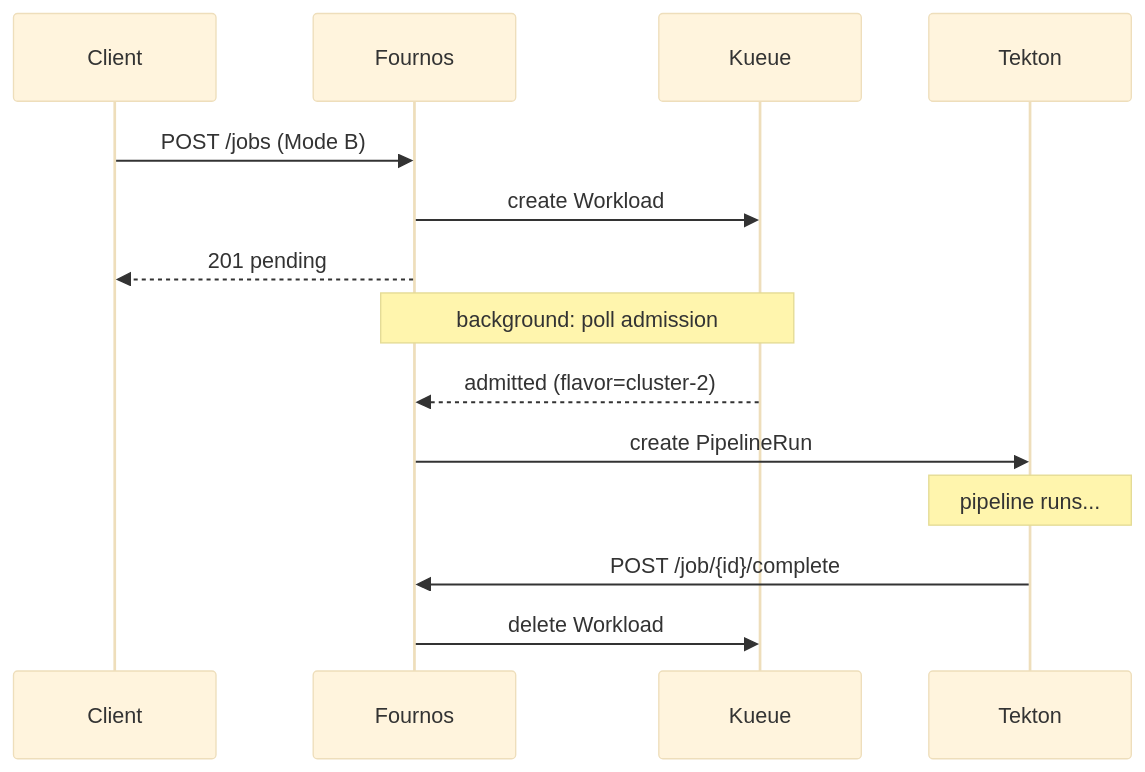
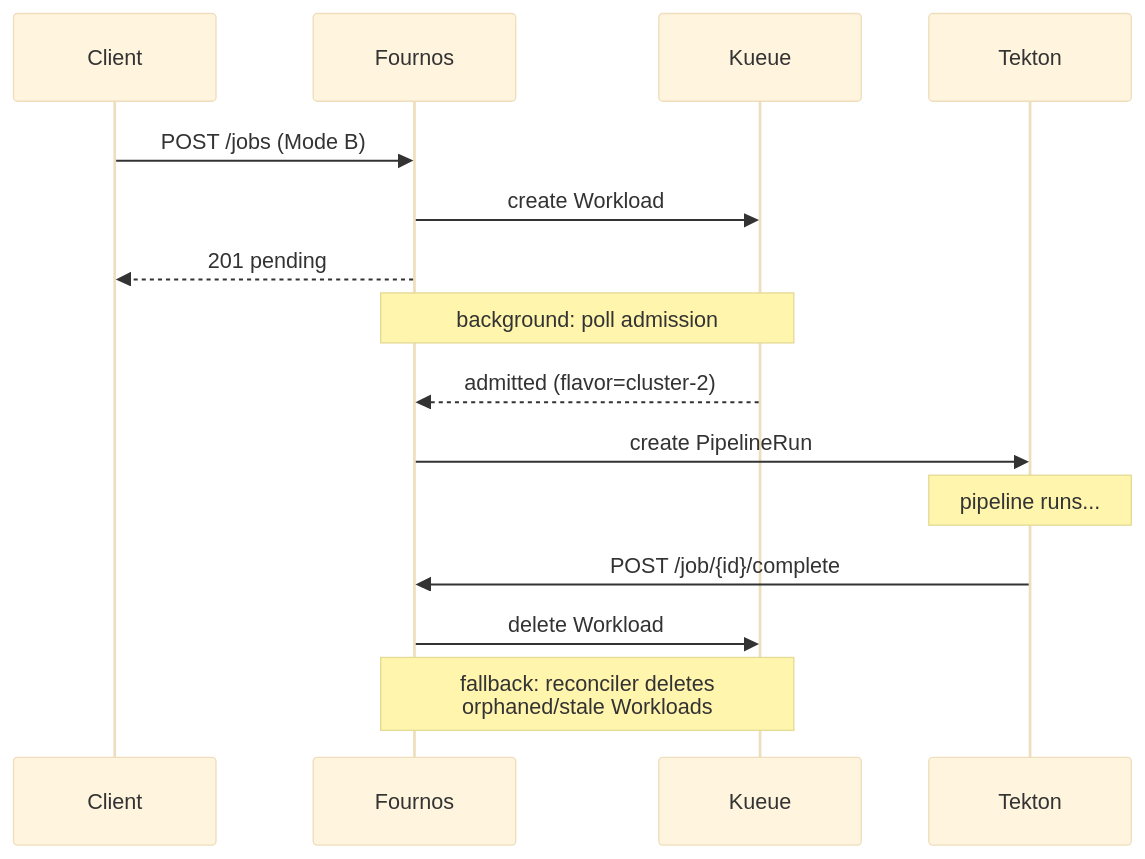
One commit to openshift-psap/fournos changed the second of 2 diagrams in .cursor/plans/fournos_design_document_87fc6306.plan.md. Above: the diagram before and after it, drawn with Mermaid (base theme). The commit also changed other lines of this file and 25 other files, not shown here.

````diff
--- a/.cursor/plans/fournos_design_document_87fc6306.plan.md
+++ b/.cursor/plans/fournos_design_document_87fc6306.plan.md
@@ -142,19 +142,21 @@
 ```mermaid
 sequenceDiagram
     participant Client
     participant Fournos
     participant Kueue
     participant Tekton
 
     Client->>Fournos: POST /jobs (Mode B)
     Fournos->>Kueue: create Workload
     Fournos-->>Client: 201 pending
 
     Note over Fournos,Kueue: background: poll admission
     Kueue-->>Fournos: admitted (flavor=cluster-2)
     Fournos->>Tekton: create PipelineRun
 
     Note over Tekton: pipeline runs...
     Tekton->>Fournos: POST /job/{id}/complete
     Fournos->>Kueue: delete Workload
+
+    Note over Fournos,Kueue: fallback: reconciler deletes<br/>orphaned/stale Workloads
 ```
````
